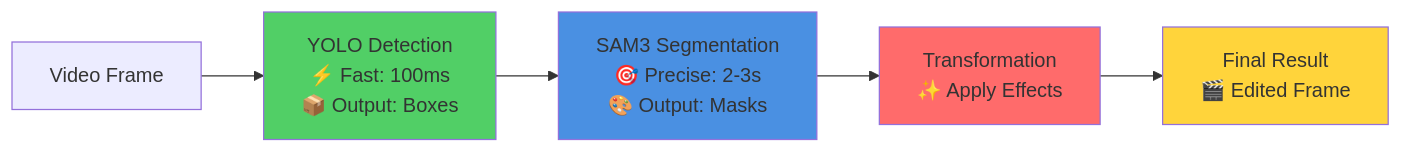
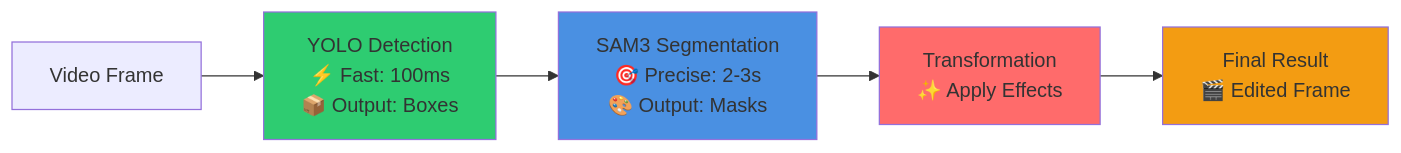
One commit to Omenranr/rag-video changed the tenth of 35 diagrams in README.md. Above: the diagram before and after it, drawn with Mermaid. The commit also changed other lines of this file, not shown here.

````diff
--- a/README.md
+++ b/README.md
@@ -290,12 +290,12 @@
 ```mermaid
 graph LR
     A[Video Frame] --> B[YOLO Detection<br/>⚡ Fast: 100ms<br/>📦 Output: Boxes]
     B --> C[SAM3 Segmentation<br/>🎯 Precise: 2-3s<br/>🎨 Output: Masks]
     C --> D[Transformation<br/>✨ Apply Effects]
     D --> E[Final Result<br/>🎬 Edited Frame]
     
-    style B fill:#51cf66
+    style B fill:#2ecc71
     style C fill:#4a90e2
     style D fill:#ff6b6b
-    style E fill:#ffd43b
+    style E fill:#f39c12
 ```
````
